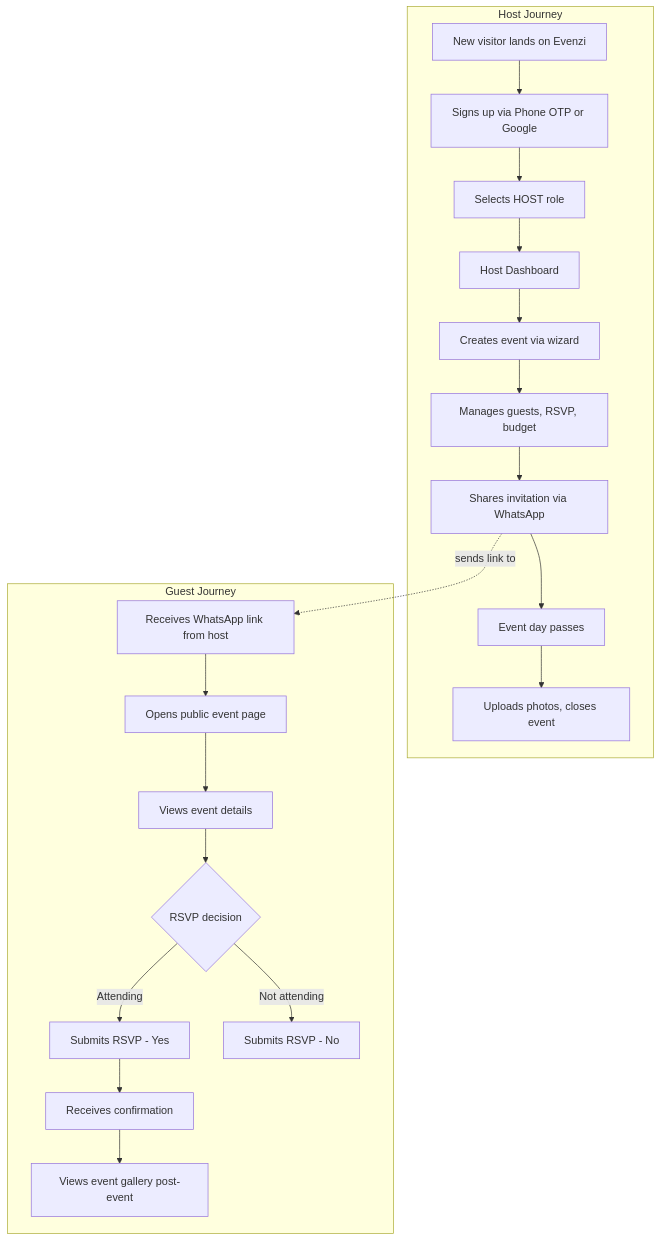
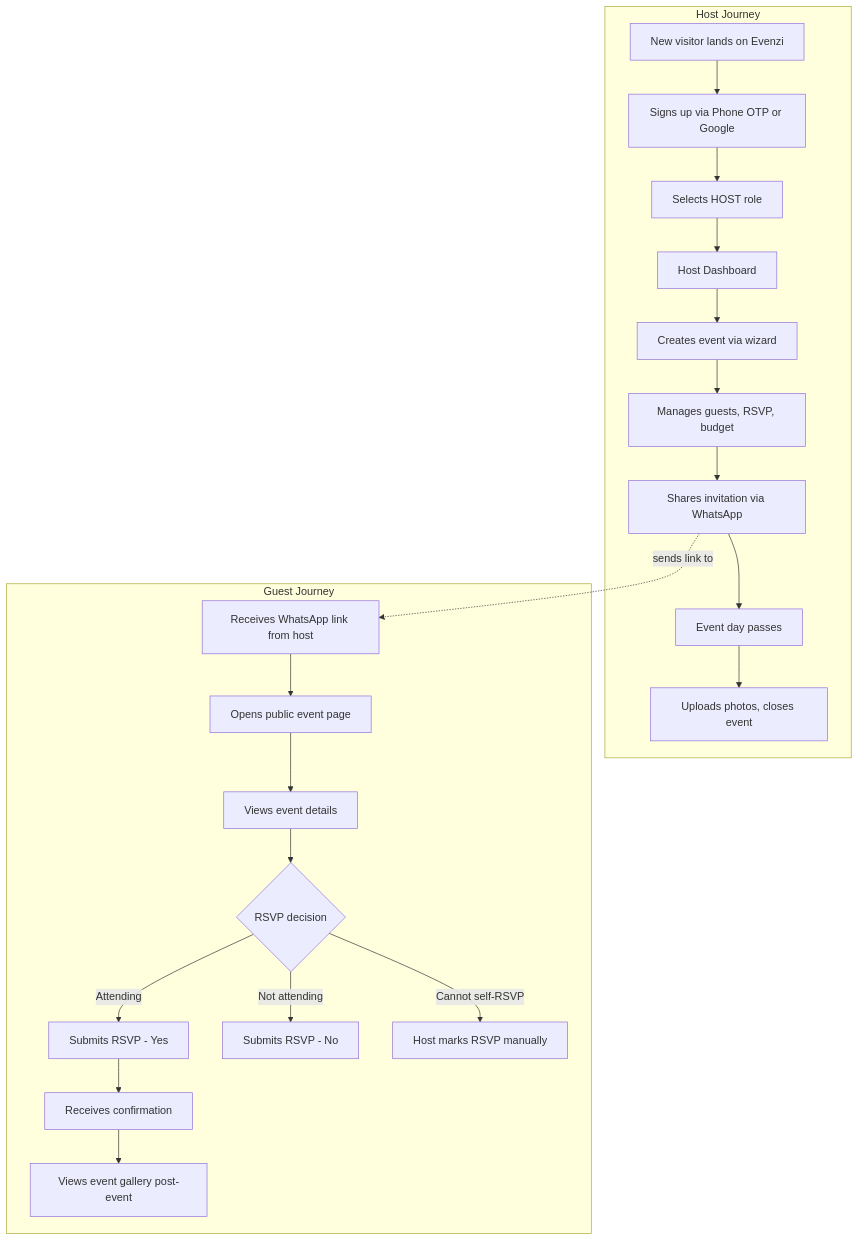
The first of 2 diagrams in docs/foundation/user-types-scope.md (evenzi-official/Evenzi), drawn with Mermaid before and after one commit. The commit also changed other lines of this file and 19 other files, not shown here.

````diff
--- a/docs/foundation/user-types-scope.md
+++ b/docs/foundation/user-types-scope.md
@@ -280,25 +340,26 @@
 ```mermaid
 flowchart TD
     subgraph HOST_FLOW [Host Journey]
         H1[New visitor lands on Evenzi] --> H2[Signs up via Phone OTP or Google]
         H2 --> H3[Selects HOST role]
         H3 --> H4[Host Dashboard]
         H4 --> H5[Creates event via wizard]
         H5 --> H6[Manages guests, RSVP, budget]
         H6 --> H7[Shares invitation via WhatsApp]
         H7 --> H8[Event day passes]
         H8 --> H9[Uploads photos, closes event]
     end
 
     subgraph GUEST_FLOW [Guest Journey]
         G1[Receives WhatsApp link from host] --> G2[Opens public event page]
         G2 --> G3[Views event details]
         G3 --> G4{RSVP decision}
         G4 -->|Attending| G5[Submits RSVP - Yes]
         G4 -->|Not attending| G6[Submits RSVP - No]
-        G5 --> G7[Receives confirmation]
-        G7 --> G8[Views event gallery post-event]
+        G4 -->|Cannot self-RSVP| G7[Host marks RSVP manually]
+        G5 --> G8[Receives confirmation]
+        G8 --> G9[Views event gallery post-event]
     end
 
     H7 -.->|sends link to| G1
 ```
````
